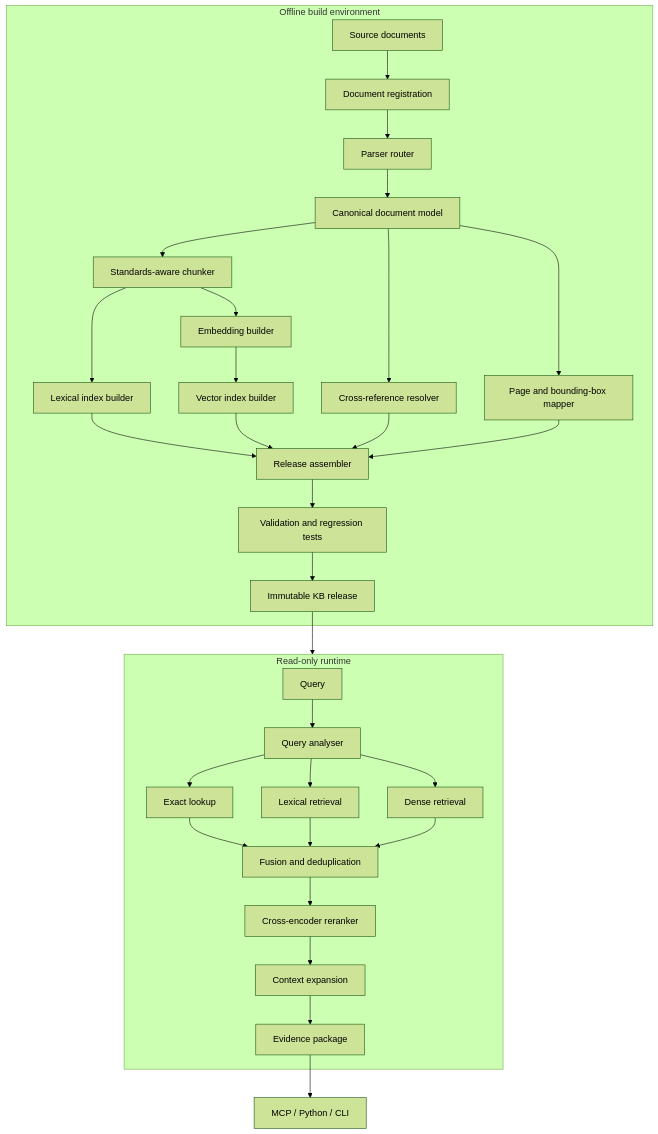
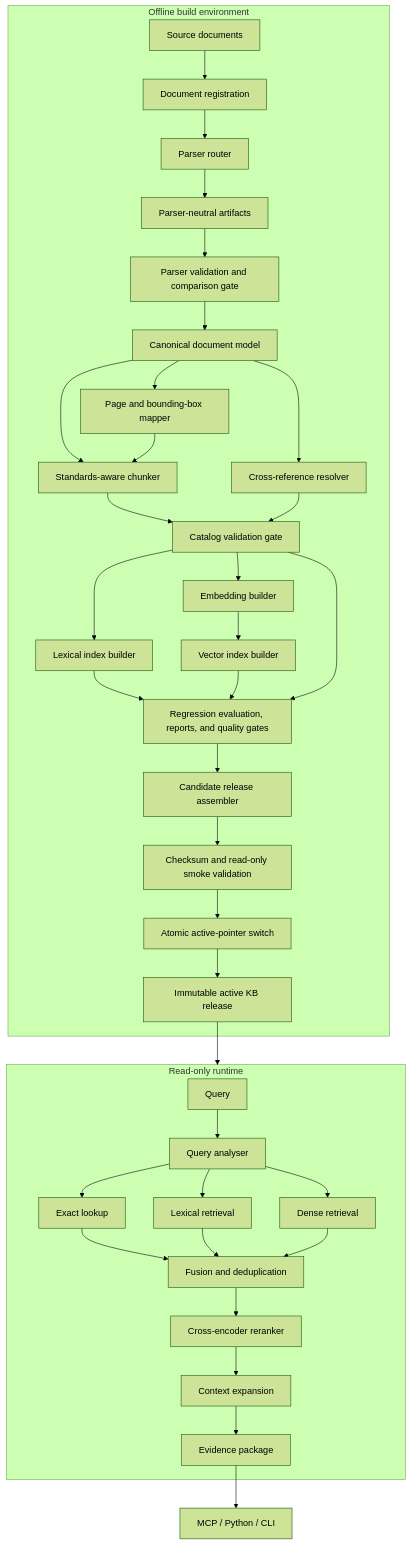
The second of 2 diagrams in docs/design.md (grammy-jiang/clause-sift), drawn with Mermaid (forest theme) before and after one commit. The commit also changed other lines of this file, not shown here.

````diff
--- a/docs/design.md
+++ b/docs/design.md
@@ -203,36 +203,42 @@
 ```mermaid
 flowchart TB
     subgraph Build[Offline build environment]
         A[Source documents] --> B[Document registration]
         B --> C[Parser router]
-        C --> D[Canonical document model]
-        D --> E[Standards-aware chunker]
-        E --> F[Lexical index builder]
-        E --> G[Embedding builder]
-        G --> H[Vector index builder]
+        C --> PN[Parser-neutral artifacts]
+        PN --> PV[Parser validation and comparison gate]
+        PV --> D[Canonical document model]
         D --> I[Cross-reference resolver]
         D --> J[Page and bounding-box mapper]
-        F --> K[Release assembler]
-        H --> K
-        I --> K
-        J --> K
-        K --> L[Validation and regression tests]
-        L --> M[Immutable KB release]
+        D --> E[Standards-aware chunker]
+        J --> E
+        E --> CG[Catalog validation gate]
+        I --> CG
+        CG --> F[Lexical index builder]
+        CG --> G[Embedding builder]
+        G --> H[Vector index builder]
+        F --> EV[Regression evaluation, reports, and quality gates]
+        H --> EV
+        CG --> EV
+        EV --> K[Candidate release assembler]
+        K --> L[Checksum and read-only smoke validation]
+        L --> AP[Atomic active-pointer switch]
+        AP --> M[Immutable active KB release]
     end
 
     subgraph Runtime[Read-only runtime]
         Q[Query] --> QA[Query analyser]
         QA --> X[Exact lookup]
         QA --> Y[Lexical retrieval]
         QA --> Z[Dense retrieval]
         X --> FU[Fusion and deduplication]
         Y --> FU
         Z --> FU
         FU --> RR[Cross-encoder reranker]
         RR --> CE[Context expansion]
         CE --> EP[Evidence package]
     end
 
     M --> Runtime
     EP --> MCP[MCP / Python / CLI]
 ```
````
